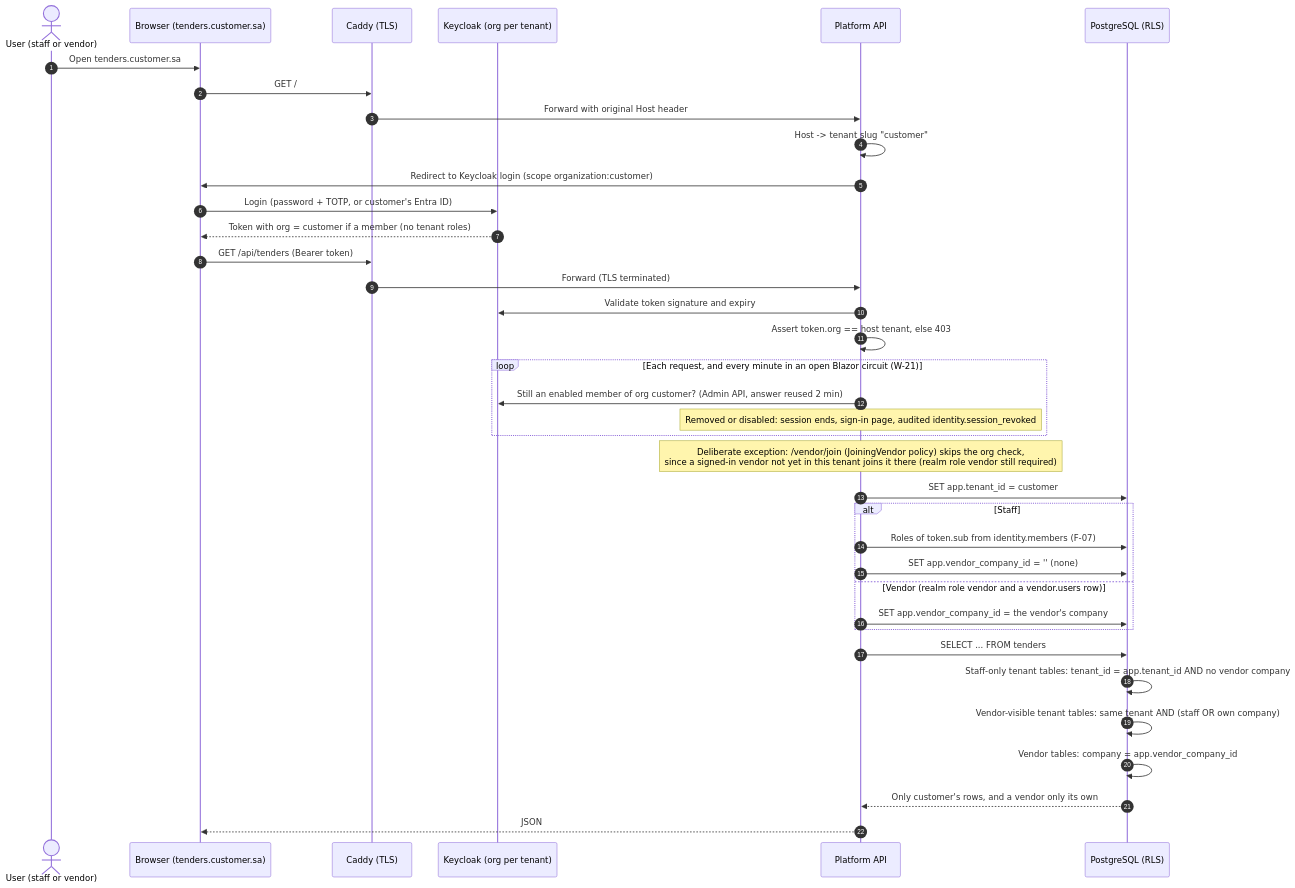
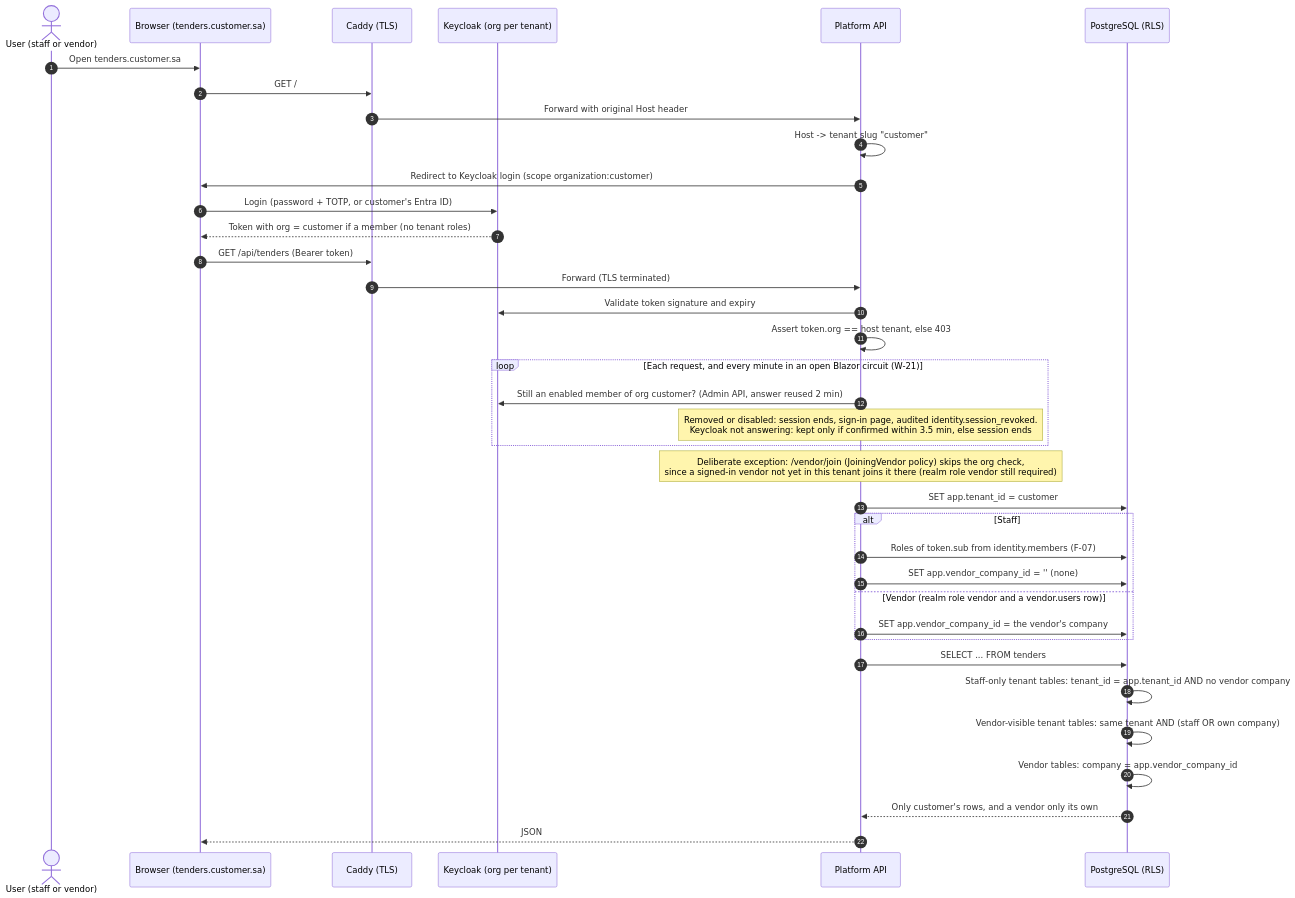
One commit to AhmedAssaf/ERP changed the fifth of 13 diagrams in docs/03-diagrams.md. Above: the diagram before and after it, drawn with Mermaid. The commit also changed 2 other files, not shown here.

Commit message:
docs/09, docs/03, vendors spec: W-21 fixes; join refuses restoring a removed membership; grace in diagram 5

````diff
--- a/docs/03-diagrams.md
+++ b/docs/03-diagrams.md
@@ -167,40 +167,40 @@
 ```mermaid
 sequenceDiagram
     autonumber
     actor U as User (staff or vendor)
     participant B as Browser (tenders.customer.sa)
     participant GW as Caddy (TLS)
     participant KC as Keycloak (org per tenant)
     participant API as Platform API
     participant DB as PostgreSQL (RLS)
 
     U->>B: Open tenders.customer.sa
     B->>GW: GET /
     GW->>API: Forward with original Host header
     API->>API: Host -> tenant slug "customer"
     API->>B: Redirect to Keycloak login (scope organization:customer)
     B->>KC: Login (password + TOTP, or customer's Entra ID)
     KC-->>B: Token with org = customer if a member (no tenant roles)
     B->>GW: GET /api/tenders (Bearer token)
     GW->>API: Forward (TLS terminated)
     API->>KC: Validate token signature and expiry
     API->>API: Assert token.org == host tenant, else 403
     loop Each request, and every minute in an open Blazor circuit (W-21)
         API->>KC: Still an enabled member of org customer? (Admin API, answer reused 2 min)
-        Note over API: Removed or disabled: session ends, sign-in page, audited identity.session_revoked
+        Note over API: Removed or disabled: session ends, sign-in page, audited identity.session_revoked.<br/>Keycloak not answering: kept only if confirmed within 3.5 min, else session ends
     end
     Note over API: Deliberate exception: /vendor/join (JoiningVendor policy) skips the org check,<br/>since a signed-in vendor not yet in this tenant joins it there (realm role vendor still required)
     API->>DB: SET app.tenant_id = customer
     alt Staff
         API->>DB: Roles of token.sub from identity.members (F-07)
         API->>DB: SET app.vendor_company_id = '' (none)
     else Vendor (realm role vendor and a vendor.users row)
         API->>DB: SET app.vendor_company_id = the vendor's company
     end
     API->>DB: SELECT ... FROM tenders
     DB->>DB: Staff-only tenant tables: tenant_id = app.tenant_id AND no vendor company
     DB->>DB: Vendor-visible tenant tables: same tenant AND (staff OR own company)
     DB->>DB: Vendor tables: company = app.vendor_company_id
     DB-->>API: Only customer's rows, and a vendor only its own
     API-->>B: JSON
 ```
````
